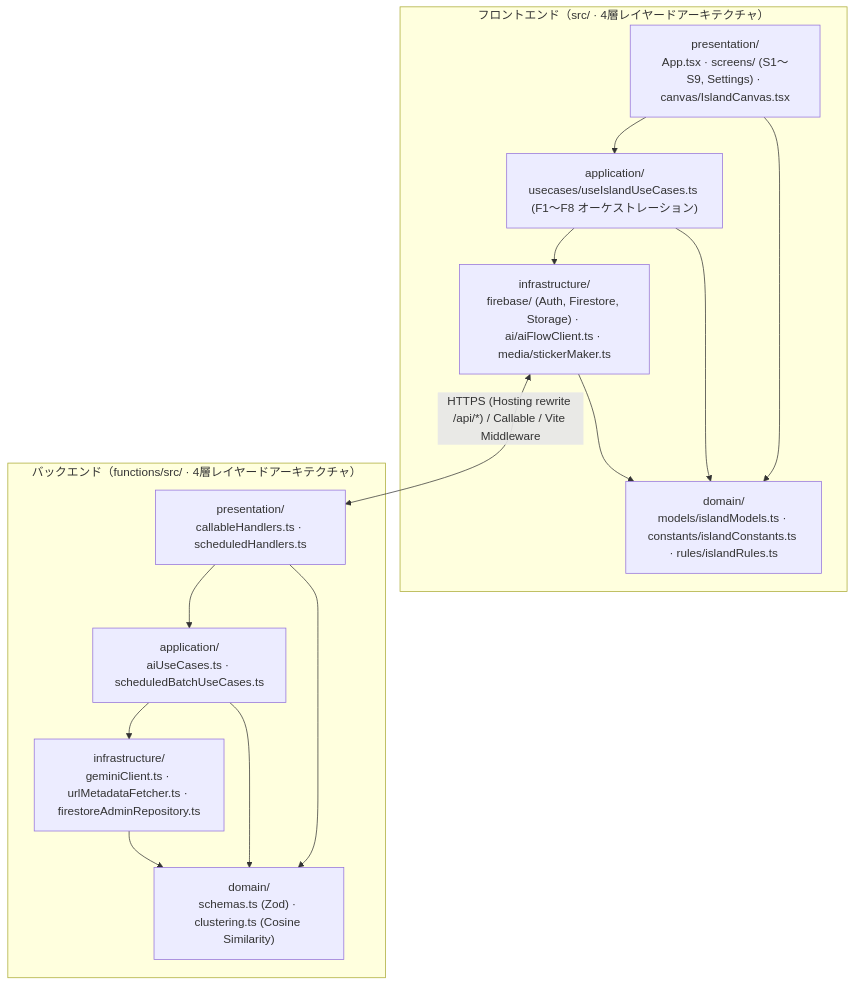
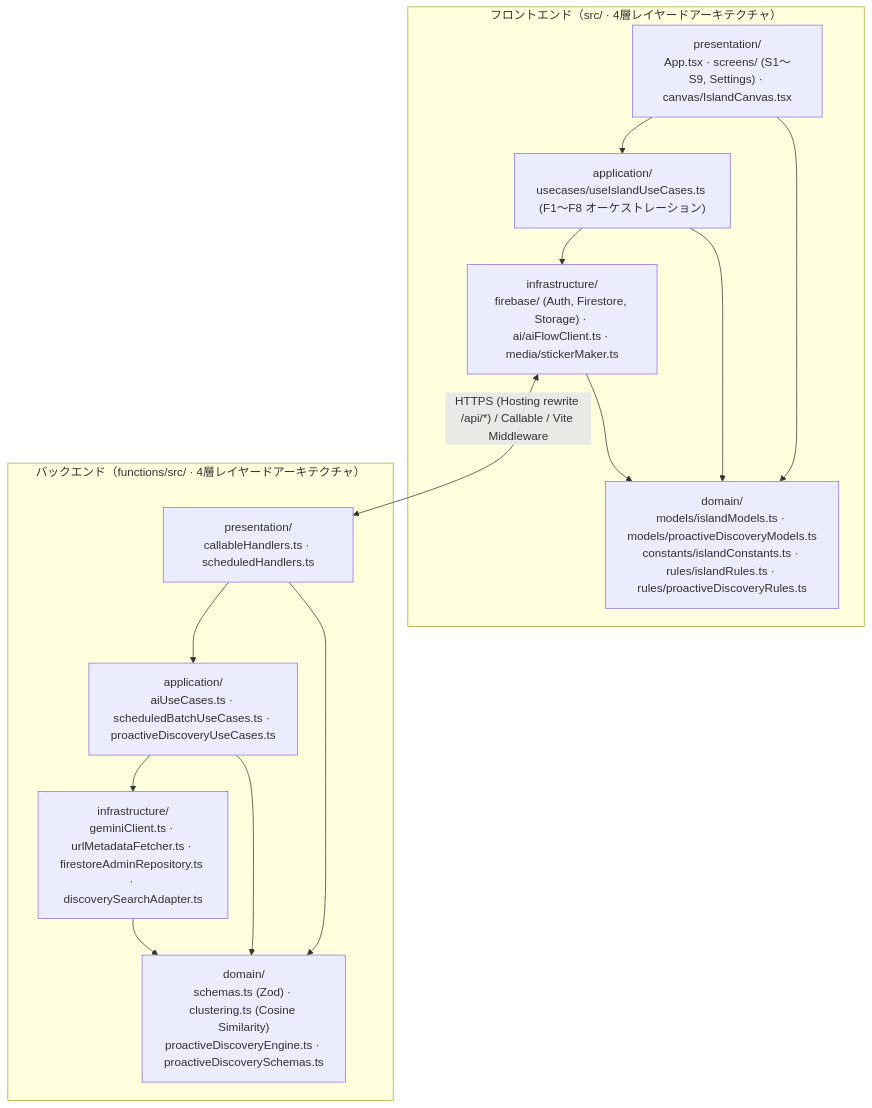
Before and after one commit to Devfest-Hackathon-2026/df-2026-t118: the diagram in docs/architecture.md, drawn with Mermaid. The commit also changed other lines of this file and 5 other files, not shown here.

````diff
--- a/docs/architecture.md
+++ b/docs/architecture.md
@@ -21,30 +21,30 @@
 ```mermaid
 flowchart TB
     subgraph FE["フロントエンド（src/ · 4層レイヤードアーキテクチャ）"]
         FE_PRES["presentation/<br>App.tsx · screens/ (S1〜S9, Settings) · canvas/IslandCanvas.tsx"]
         FE_APP["application/<br>usecases/useIslandUseCases.ts (F1〜F8 オーケストレーション)"]
         FE_INFRA["infrastructure/<br>firebase/ (Auth, Firestore, Storage) · ai/aiFlowClient.ts · media/stickerMaker.ts"]
-        FE_DOM["domain/<br>models/islandModels.ts · constants/islandConstants.ts · rules/islandRules.ts"]
+        FE_DOM["domain/<br>models/islandModels.ts · models/proactiveDiscoveryModels.ts<br>constants/islandConstants.ts · rules/islandRules.ts · rules/proactiveDiscoveryRules.ts"]
     end
 
     subgraph BE["バックエンド（functions/src/ · 4層レイヤードアーキテクチャ）"]
         BE_PRES["presentation/<br>callableHandlers.ts · scheduledHandlers.ts"]
-        BE_APP["application/<br>aiUseCases.ts · scheduledBatchUseCases.ts"]
-        BE_INFRA["infrastructure/<br>geminiClient.ts · urlMetadataFetcher.ts · firestoreAdminRepository.ts"]
-        BE_DOM["domain/<br>schemas.ts (Zod) · clustering.ts (Cosine Similarity)"]
+        BE_APP["application/<br>aiUseCases.ts · scheduledBatchUseCases.ts · proactiveDiscoveryUseCases.ts"]
+        BE_INFRA["infrastructure/<br>geminiClient.ts · urlMetadataFetcher.ts · firestoreAdminRepository.ts · discoverySearchAdapter.ts"]
+        BE_DOM["domain/<br>schemas.ts (Zod) · clustering.ts (Cosine Similarity)<br>proactiveDiscoveryEngine.ts · proactiveDiscoverySchemas.ts"]
     end
 
     FE_PRES --> FE_APP
     FE_PRES --> FE_DOM
     FE_APP --> FE_DOM
     FE_APP --> FE_INFRA
     FE_INFRA --> FE_DOM
 
     FE_INFRA <-->|"HTTPS (Hosting rewrite /api/*) / Callable / Vite Middleware"| BE_PRES
 
     BE_PRES --> BE_APP
     BE_PRES --> BE_DOM
     BE_APP --> BE_DOM
     BE_APP --> BE_INFRA
     BE_INFRA --> BE_DOM
 ```
````
